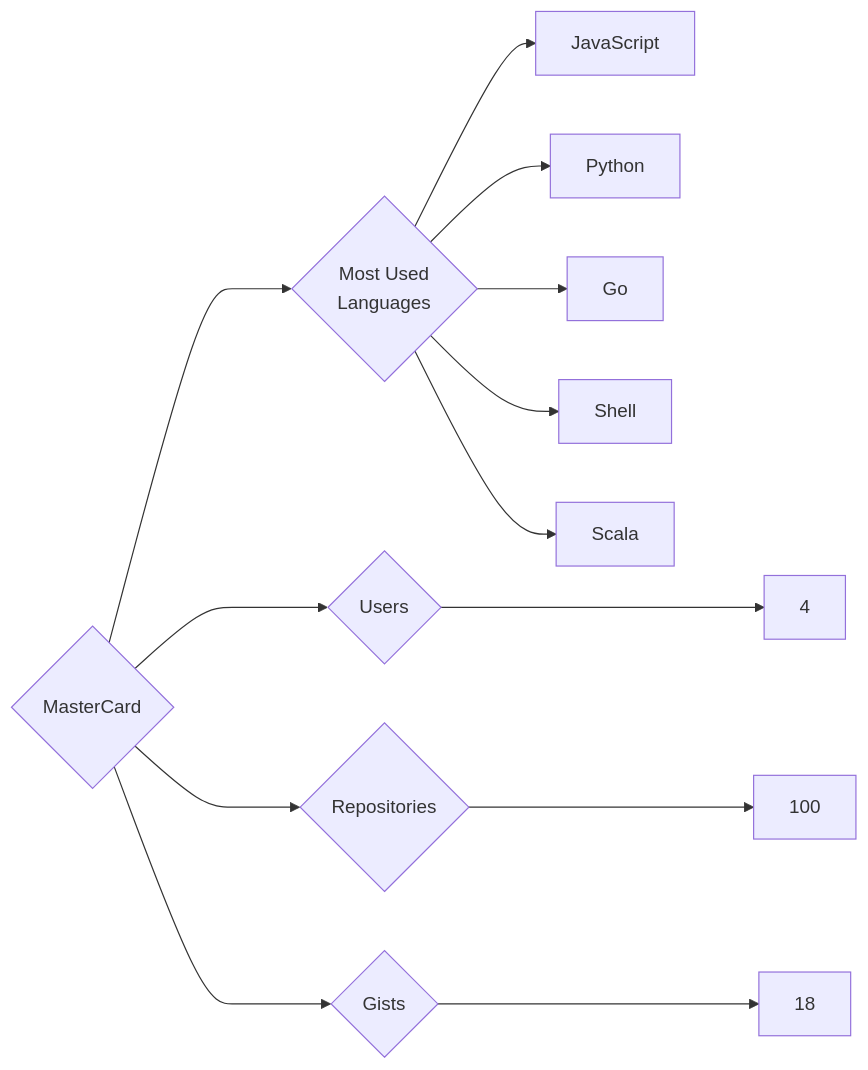
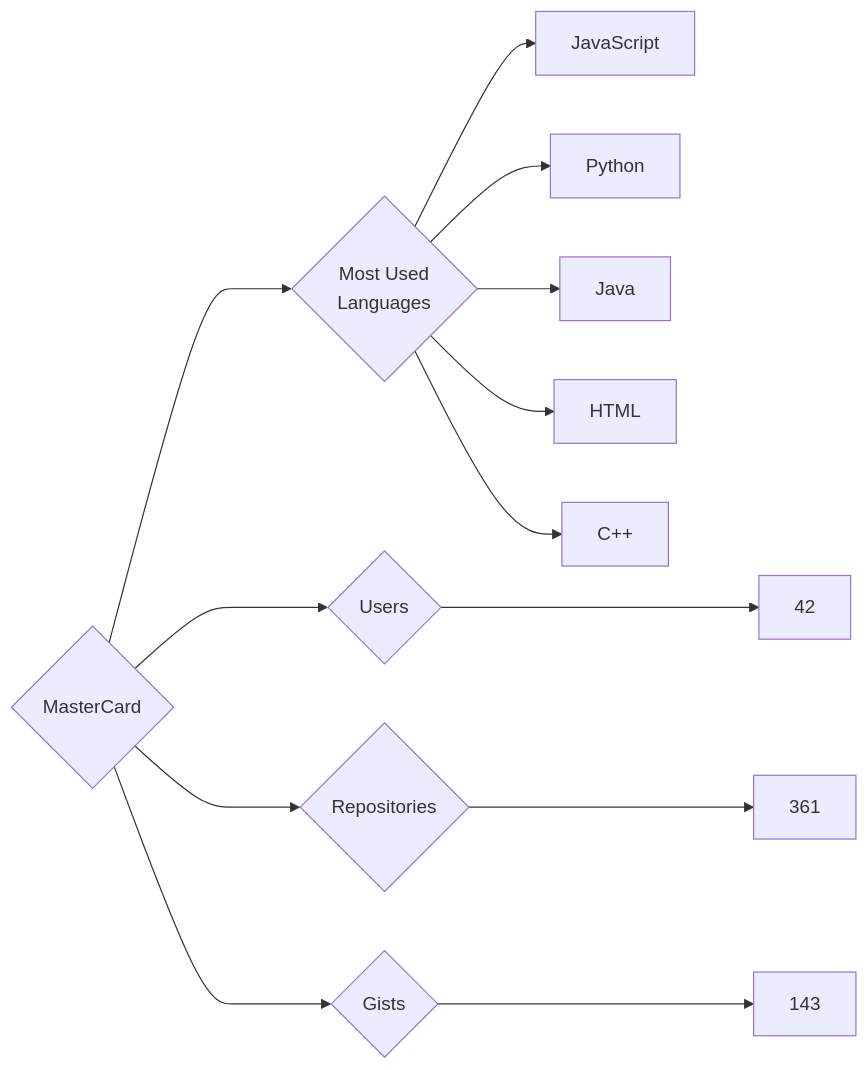
The diagram in targets/MasterCard/README.md (trickest/insiders), drawn with Mermaid before and after one commit. The commit also changed 912 other files, not shown here.

````diff
--- a/targets/MasterCard/README.md
+++ b/targets/MasterCard/README.md
@@ -3,13 +3,13 @@
 ```mermaid
 graph LR
 COMPANY_NAME{MasterCard}
-COMPANY_NAME ---> U{Users} ---> UN[4]
-COMPANY_NAME ---> R{Repositories} ---> RN[100]
-COMPANY_NAME ---> G{Gists} ---> GN[18]
+COMPANY_NAME ---> U{Users} ---> UN[42]
+COMPANY_NAME ---> R{Repositories} ---> RN[361]
+COMPANY_NAME ---> G{Gists} ---> GN[143]
 COMPANY_NAME ---> ML{Most Used<br>Languages}
 ML --> JavaScript[JavaScript]
 ML --> Python[Python]
-ML --> Go[Go]
-ML --> Shell[Shell]
-ML --> Scala[Scala]
+ML --> Java[Java]
+ML --> HTML[HTML]
+ML --> C++[C++]
 ```
````
